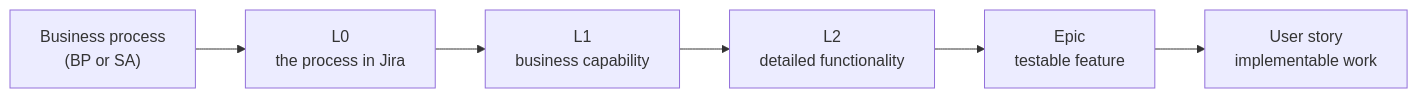
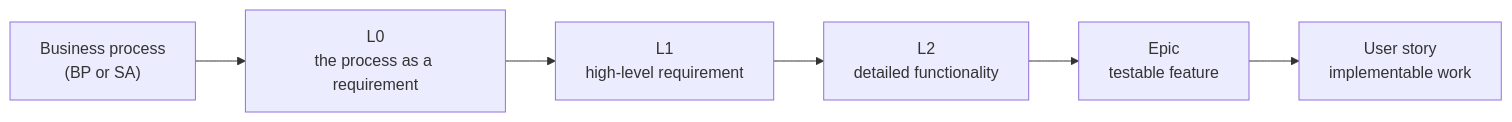
Before and after one commit to barrynauta/simpl-local: the diagram in requirements-poc/README.md, drawn with Mermaid. The commit also changed other lines of this file and 15 other files, not shown here.

Commit message:
requirements-poc: drop tool names, describe L1 as high-level requirement

````diff
--- a/requirements-poc/README.md
+++ b/requirements-poc/README.md
@@ -19,8 +19,8 @@
 ```mermaid
 graph LR
-    BP["Business process<br/>(BP or SA)"] --> L0["L0<br/>the process in Jira"]
-    L0 --> L1["L1<br/>business capability"]
+    BP["Business process<br/>(BP or SA)"] --> L0["L0<br/>the process as a requirement"]
+    L0 --> L1["L1<br/>high-level requirement"]
     L1 --> L2["L2<br/>detailed functionality"]
     L2 --> E["Epic<br/>testable feature"]
     E --> US["User story<br/>implementable work"]
 ```
````
